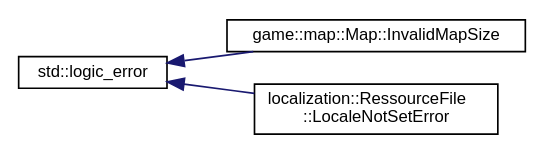
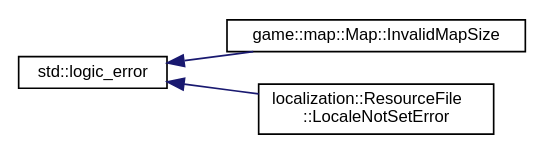
Before and after one commit to MisterPeModder/Bomberman-Global-Offensive: the diagram in inherit_graph_59.dot, drawn with Graphviz. The commit also changed 348 other files, not shown here.

```diff
--- a/inherit_graph_59.dot
+++ b/inherit_graph_59.dot
@@ -1,12 +1,12 @@
 digraph "Graphical Class Hierarchy"
 {
  // LATEX_PDF_SIZE
   edge [fontname="Helvetica",fontsize="10",labelfontname="Helvetica",labelfontsize="10"];
   node [fontname="Helvetica",fontsize="10",shape=record];
   rankdir="LR";
   Node0 [label="std::logic_error",height=0.2,width=0.4,color="black", fillcolor="white", style="filled",URL="/home/runner/work/Bomberman-Global-Offensive/Bomberman-Global-Offensive/doc/external/cppreference-doxygen-web.tag.xml$cpp/error/logic_error.html",tooltip=" "];
   Node0 -> Node1 [dir="back",color="midnightblue",fontsize="10",style="solid",fontname="Helvetica"];
   Node1 [label="game::map::Map::InvalidMapSize",height=0.2,width=0.4,color="black", fillcolor="white", style="filled",URL="$classgame_1_1map_1_1_map_1_1_invalid_map_size.html",tooltip="Exception thrown when the map size is invalid."];
   Node0 -> Node2 [dir="back",color="midnightblue",fontsize="10",style="solid",fontname="Helvetica"];
-  Node2 [label="localization::RessourceFile\l::LocaleNotSetError",height=0.2,width=0.4,color="black", fillcolor="white", style="filled",URL="$classlocalization_1_1_ressource_file_1_1_locale_not_set_error.html",tooltip="Exception thrown when the locale isn't set (unititialized) on translate/register operations."];
+  Node2 [label="localization::ResourceFile\l::LocaleNotSetError",height=0.2,width=0.4,color="black", fillcolor="white", style="filled",URL="$classlocalization_1_1_resource_file_1_1_locale_not_set_error.html",tooltip="Exception thrown when the locale isn't set (unititialized) on translate/register operations."];
 }
```
